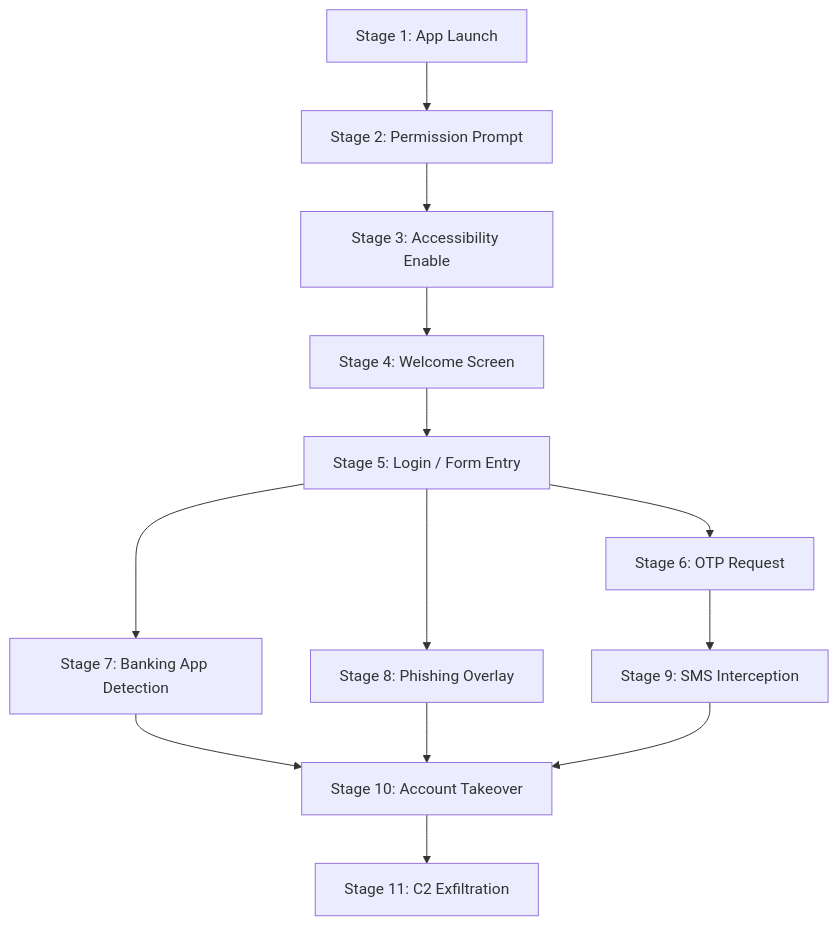
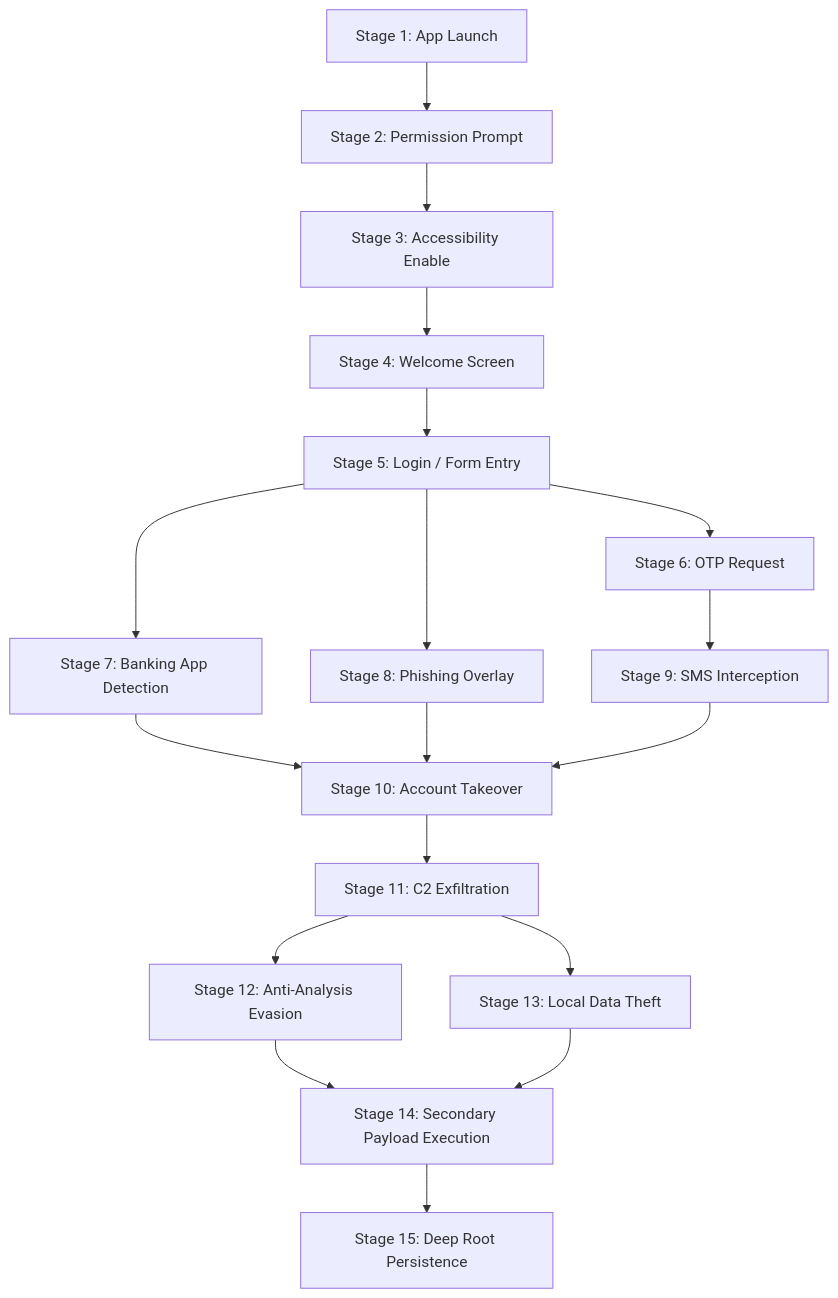
The second of 2 diagrams in docs/architecture/04_DYNAMIC_ANALYSIS_ENGINE.md (SanTiwari07/Sudarshan), drawn with Mermaid before and after one commit. The commit also changed other lines of this file and 67 other files, not shown here.

````diff
--- a/docs/architecture/04_DYNAMIC_ANALYSIS_ENGINE.md
+++ b/docs/architecture/04_DYNAMIC_ANALYSIS_ENGINE.md
@@ -156,15 +172,20 @@
 ```mermaid
 graph TD
     S1[Stage 1: App Launch] --> S2[Stage 2: Permission Prompt]
     S2 --> S3[Stage 3: Accessibility Enable]
     S3 --> S4[Stage 4: Welcome Screen]
     S4 --> S5[Stage 5: Login / Form Entry]
     S5 --> S6[Stage 6: OTP Request]
     S5 --> S7[Stage 7: Banking App Detection]
     S5 --> S8[Stage 8: Phishing Overlay]
     S6 --> S9[Stage 9: SMS Interception]
     S7 --> S10[Stage 10: Account Takeover]
     S8 --> S10
     S9 --> S10
     S10 --> S11[Stage 11: C2 Exfiltration]
+    S11 --> S12[Stage 12: Anti-Analysis Evasion]
+    S11 --> S13[Stage 13: Local Data Theft]
+    S12 --> S14[Stage 14: Secondary Payload Execution]
+    S13 --> S14
+    S14 --> S15[Stage 15: Deep Root Persistence]
 ```
````
